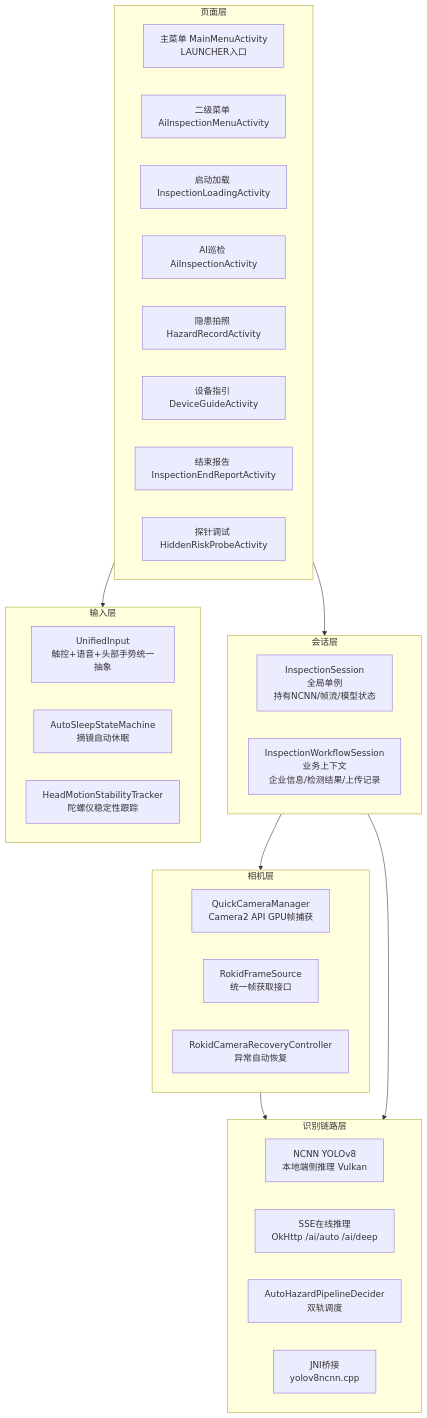
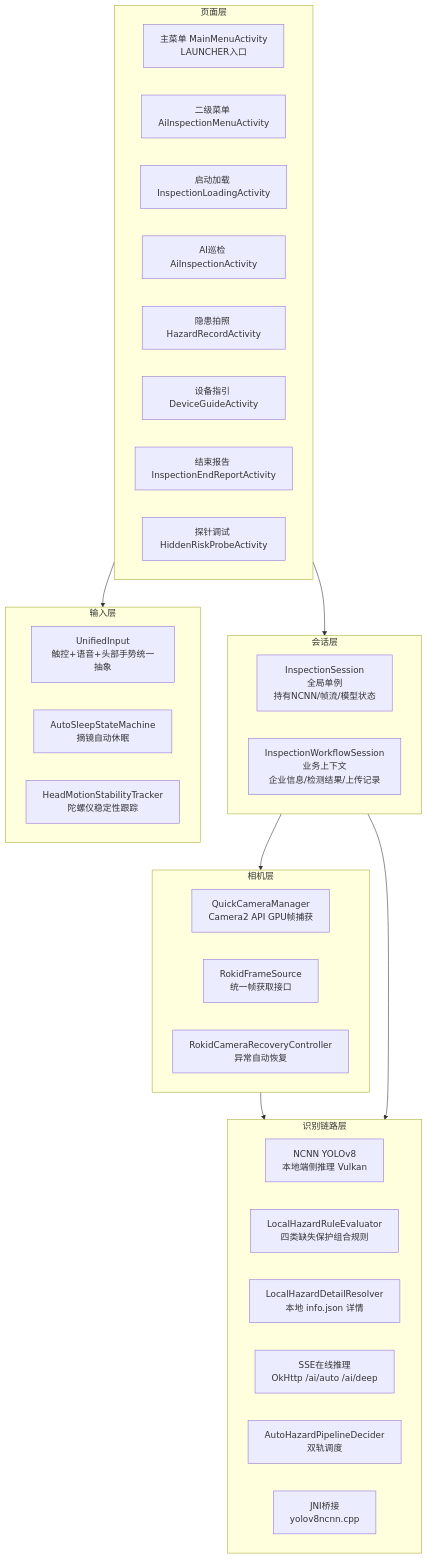
One commit to WuChaoli/HiddenRiskGlass changed the first of 9 diagrams in docs/CODEMAPS.md. Above: the diagram before and after it, drawn with Mermaid. The commit also changed other lines of this file and 3 other files, not shown here.

````diff
--- a/docs/CODEMAPS.md
+++ b/docs/CODEMAPS.md
@@ -15,43 +15,45 @@
 ```mermaid
 flowchart TB
     subgraph L1_PAGE[页面层]
         MainMenu[主菜单 MainMenuActivity<br/>LAUNCHER入口]
         Menu[二级菜单 AiInspectionMenuActivity]
         Loading[启动加载 InspectionLoadingActivity]
         Inspection[AI巡检 AiInspectionActivity]
         Record[隐患拍照 HazardRecordActivity]
         Guide[设备指引 DeviceGuideActivity]
         Report[结束报告 InspectionEndReportActivity]
         Probe[探针调试 HiddenRiskProbeActivity]
     end
 
     subgraph L2_SESSION[会话层]
         IS[InspectionSession<br/>全局单例<br/>持有NCNN/帧流/模型状态]
         IWS[InspectionWorkflowSession<br/>业务上下文<br/>企业信息/检测结果/上传记录]
     end
 
     subgraph L3_INPUT[输入层]
         UI[UnifiedInput<br/>触控+语音+头部手势统一抽象]
         Sleep[AutoSleepStateMachine<br/>摘镜自动休眠]
         Head[HeadMotionStabilityTracker<br/>陀螺仪稳定性跟踪]
     end
 
     subgraph L4_CAMERA[相机层]
         QCM[QuickCameraManager<br/>Camera2 API GPU帧捕获]
         RFS[RokidFrameSource<br/>统一帧获取接口]
         RC[RokidCameraRecoveryController<br/>异常自动恢复]
     end
 
     subgraph L5_INFERENCE[识别链路层]
         NCNN[NCNN YOLOv8<br/>本地端侧推理 Vulkan]
+        LocalRule[LocalHazardRuleEvaluator<br/>四类缺失保护组合规则]
+        LocalDetail[LocalHazardDetailResolver<br/>本地 info.json 详情]
         SSE[SSE在线推理<br/>OkHttp /ai/auto /ai/deep]
         Pipeline[AutoHazardPipelineDecider<br/>双轨调度]
         JNI[JNI桥接<br/>yolov8ncnn.cpp]
     end
 
     L1_PAGE --> L2_SESSION
     L1_PAGE --> L3_INPUT
     L4_CAMERA --> L5_INFERENCE
     L2_SESSION --> L5_INFERENCE
     L2_SESSION --> L4_CAMERA
 ```
````
